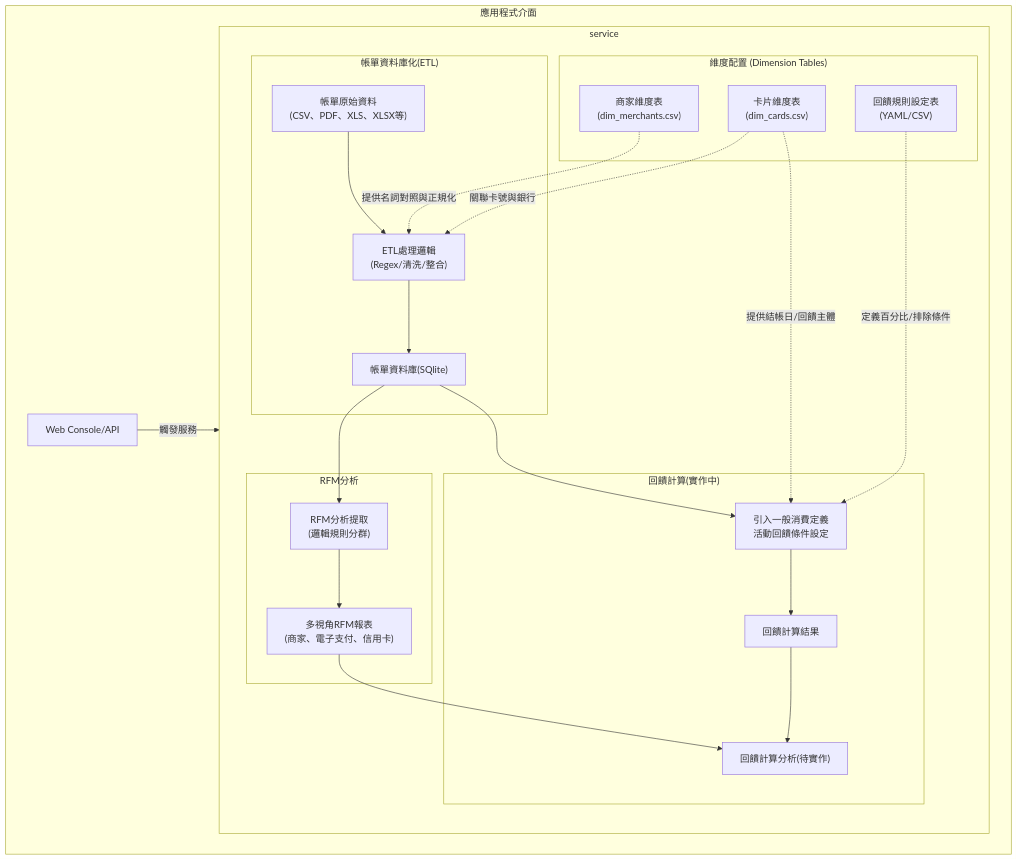
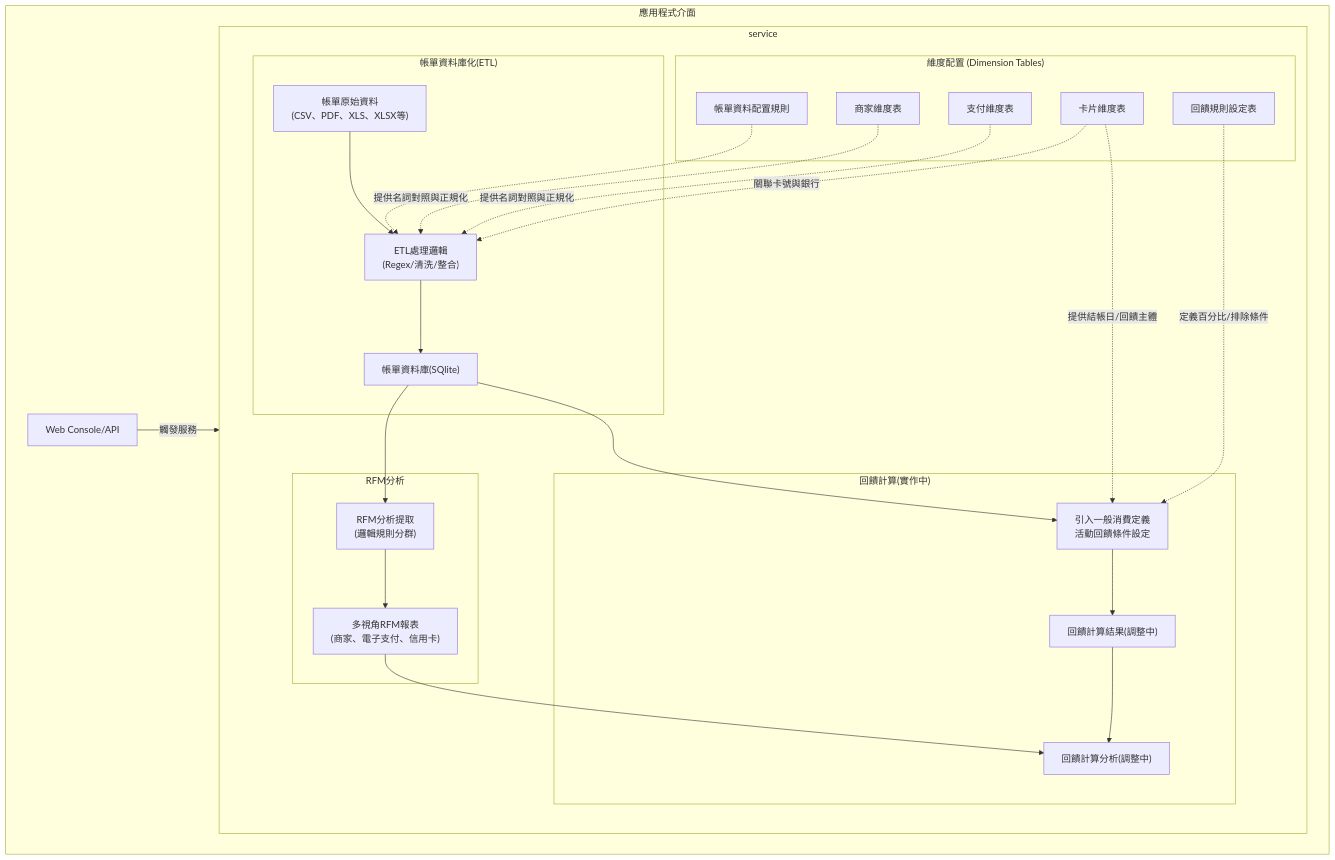
One commit to hh821029/MyCreditCardProjectPro changed the diagram in README.md. Above: the diagram before and after it, drawn with Mermaid. The commit also changed other lines of this file and 1 other file, not shown here.

````diff
--- a/README.md
+++ b/README.md
@@ -40,41 +52,45 @@
 ```mermaid
 
 graph TB
     subgraph service
         subgraph configs["維度配置 (Dimension Tables)"]
-            E_dim_card_source["卡片維度表<br/>(dim_cards.csv)"]
-            E_dim_merchant_source["商家維度表<br/>(dim_merchants.csv)"]
-            E_dim_reward_rule_source["回饋規則設定表<br/>(YAML/CSV)"]
+            E_dim_parsers["帳單資料配置規則"]
+            E_dim_card_source["卡片維度表<br/>"]
+            E_dim_merchant_source["商家維度表<br/>"]
+            E_dim_thirdpay_source["支付維度表<br/>"]
+            E_dim_reward_rule_source["回饋規則設定表<br/>"]
             end
                 
         subgraph DB_service ["帳單資料庫化(ETL)"]
             E_Bill_source["帳單原始資料<br/>(CSV、PDF、XLS、XLSX等)"] --> ETL_Logic["ETL處理邏輯<br/>(Regex/清洗/整合)"]
+            E_dim_parsers-.-> ETL_Logic
             ETL_Logic --> E_DB["帳單資料庫(SQlite)"]
             end
 
         subgraph RFM_analysis ["RFM分析"]
             E_DB -->RFM_Logic["RFM分析提取<br/>(邏輯規則分群)<br/>"]
             RFM_Logic --> E_RFM["多視角RFM報表<br/>(商家、電子支付、信用卡)"]
             end		
 
         subgraph Reward_Calculation ["回饋計算(實作中)"]
             E_DB -->Reward_Engine["引入一般消費定義<br/>活動回饋條件設定<br/>"]
-            Reward_Engine --> E_Reward["回饋計算結果"]
-            E_RFM --> E_Reward_Analysis["回饋計算分析(待實作)"]
+            Reward_Engine --> E_Reward["回饋計算結果(調整中)"]
+            E_RFM --> E_Reward_Analysis["回饋計算分析(調整中)"]
             E_Reward --> E_Reward_Analysis
             end
             
-        E_dim_merchant_source -.->|"提供名詞對照與正規化"| ETL_Logic  
+        E_dim_merchant_source -.->|"提供名詞對照與正規化"| ETL_Logic
+        E_dim_thirdpay_source -.->|"提供名詞對照與正規化"| ETL_Logic   
         E_dim_card_source -.->|"關聯卡號與銀行"| ETL_Logic
         E_dim_card_source -.->|"提供結帳日/回饋主體"| Reward_Engine   
         E_dim_reward_rule_source -.->|"定義百分比/排除條件"|Reward_Engine
         end
 
                 
     subgraph API_view["應用程式介面"]
         E_API["Web Console/API"]
         E_API -->|"觸發服務<br/>"| service
 
-        end 
+        end
 
 ```
````
